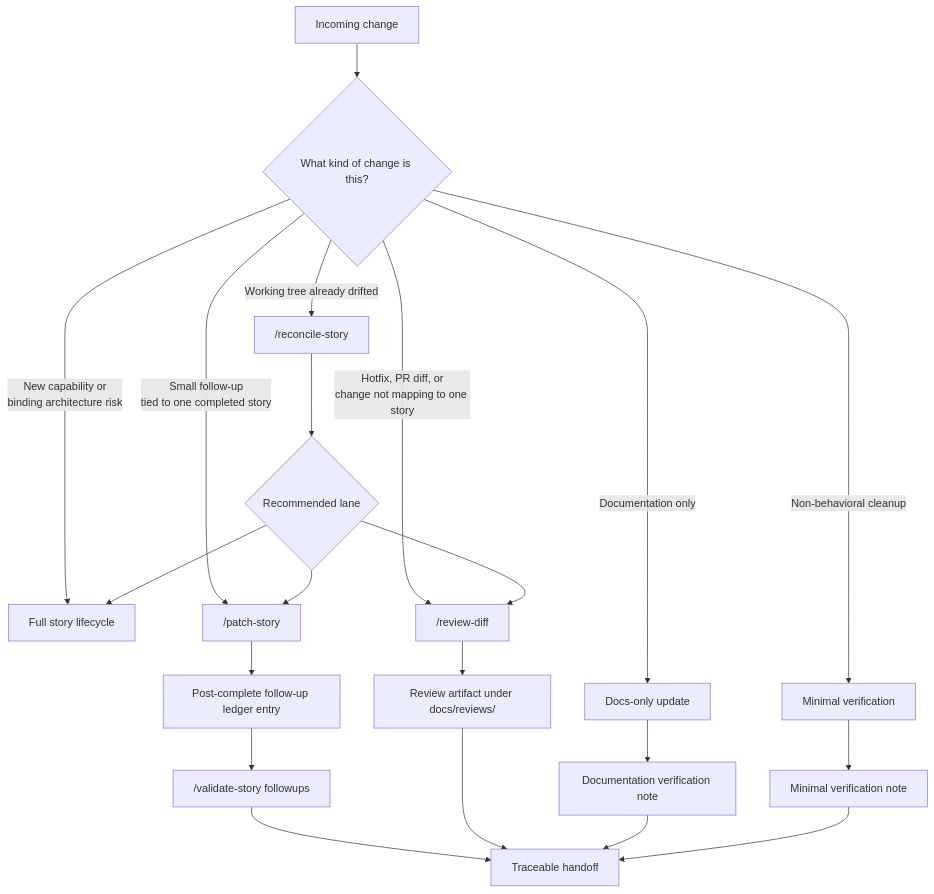
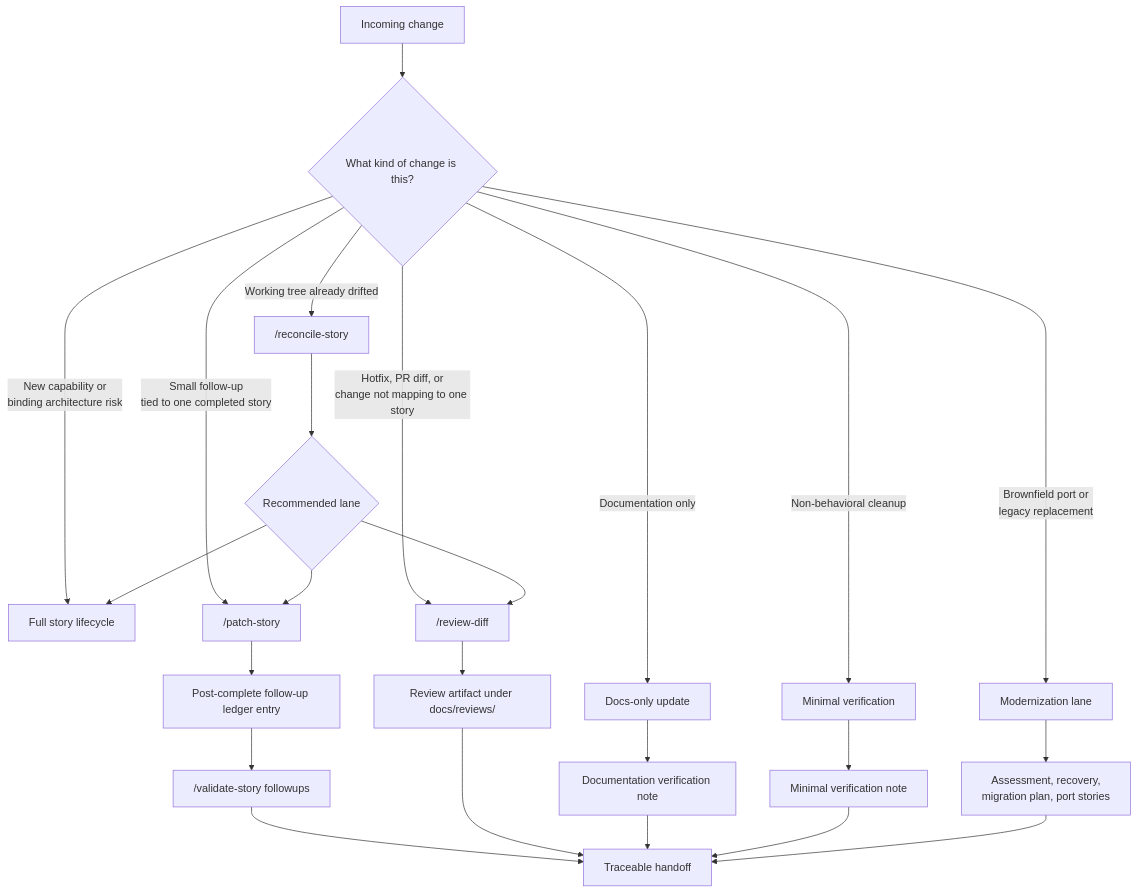
The diagram in POST-STORY.md (PhilipTeitel/Artifact-Driven-Development), drawn with Mermaid before and after one commit. The commit also changed other lines of this file and 72 other files, not shown here.

Commit message:
Added brownfield migration workflows.

````diff
--- a/POST-STORY.md
+++ b/POST-STORY.md
@@ -15,27 +15,30 @@
 ```mermaid
 flowchart TD
     incomingChange["Incoming change"] --> classify{"What kind of change is this?"}
 
     classify -->|"New capability or<br/>binding architecture risk"| fullStory["Full story lifecycle"]
     classify -->|"Small follow-up<br/>tied to one completed story"| patchStory["/patch-story"]
     classify -->|"Working tree already drifted"| reconcileStory["/reconcile-story"]
     classify -->|"Hotfix, PR diff, or<br/>change not mapping to one story"| reviewDiff["/review-diff"]
     classify -->|"Documentation only"| docsOnly["Docs-only update"]
     classify -->|"Non-behavioral cleanup"| trivialCode["Minimal verification"]
+    classify -->|"Brownfield port or<br/>legacy replacement"| modernizationPort["Modernization lane"]
 
     patchStory --> ledger["Post-complete follow-up ledger entry"]
     reconcileStory --> laneDecision{"Recommended lane"}
     laneDecision --> patchStory
     laneDecision --> reviewDiff
     laneDecision --> fullStory
 
     reviewDiff --> reviewArtifact["Review artifact under docs/reviews/"]
     docsOnly --> docsNote["Documentation verification note"]
     trivialCode --> verification["Minimal verification note"]
+    modernizationPort --> modernizationDocs["Assessment, recovery,<br/>migration plan, port stories"]
 
     ledger --> validateFollowups["/validate-story followups"]
     validateFollowups --> handoff["Traceable handoff"]
     reviewArtifact --> handoff
     docsNote --> handoff
     verification --> handoff
+    modernizationDocs --> handoff
 ```
````
